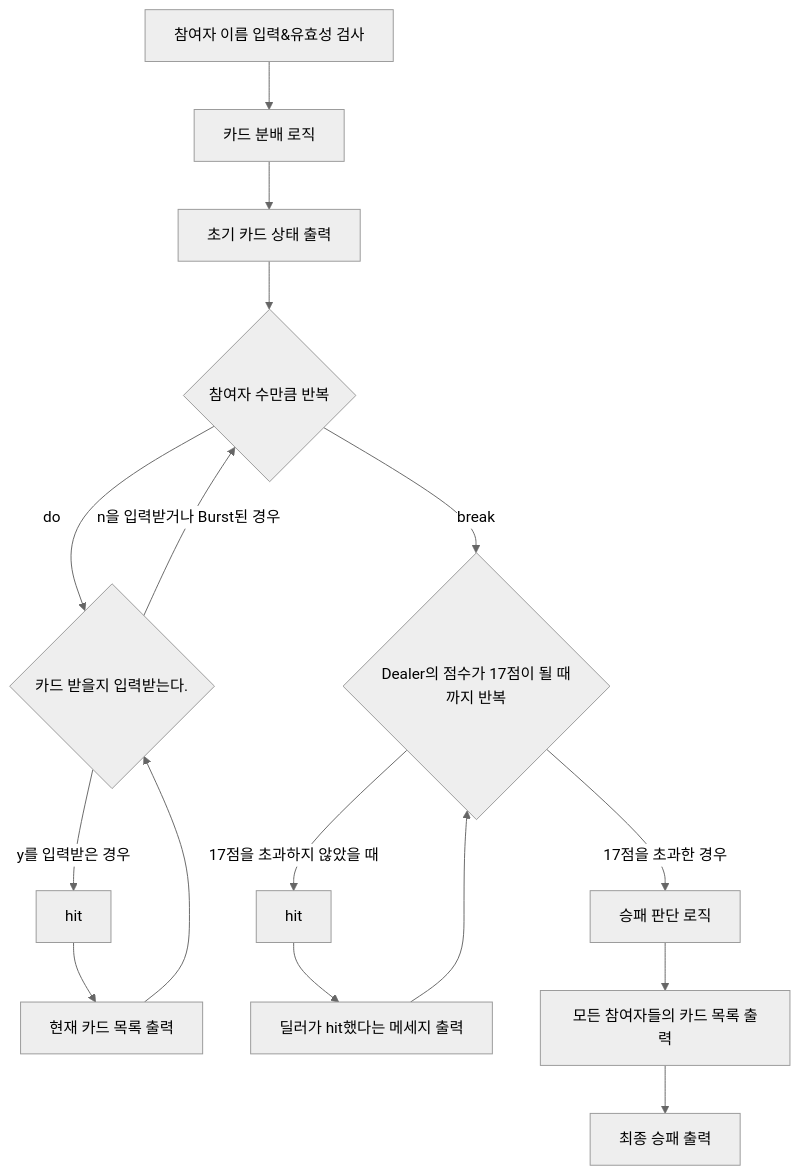
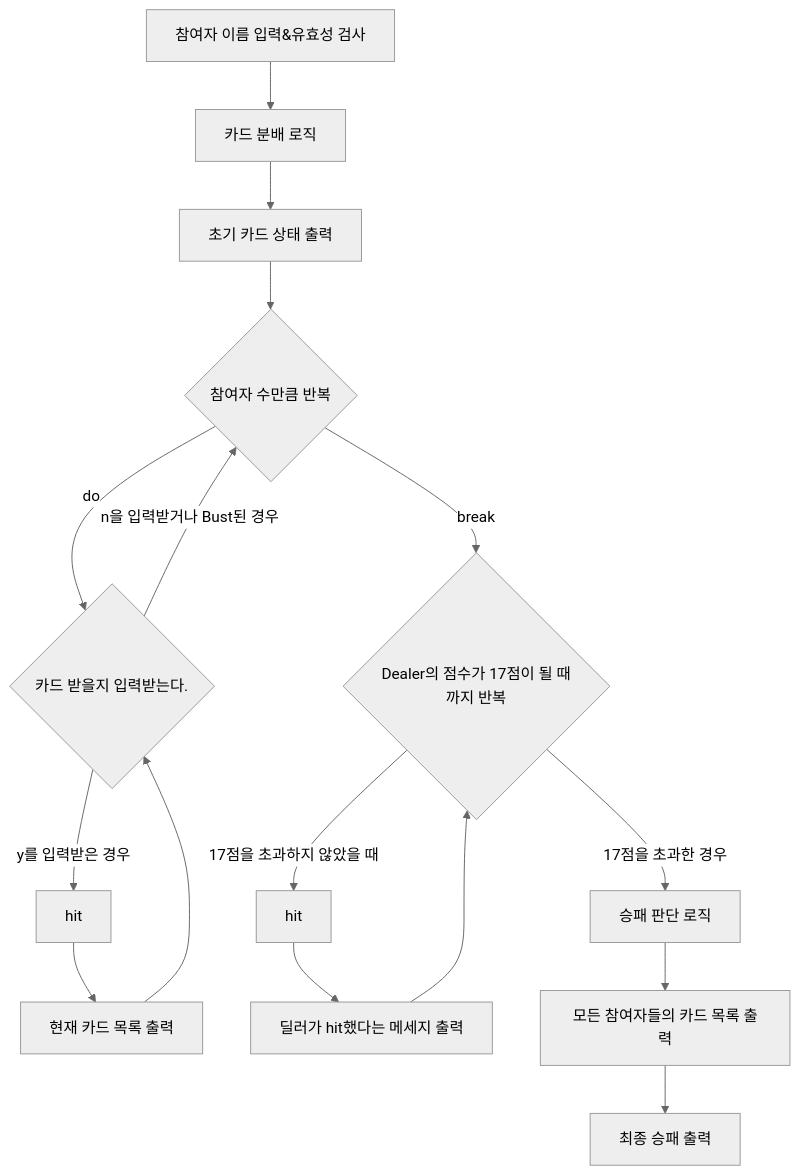
Before and after one commit to woowacourse/java-blackjack: the first of 3 diagrams in docs/README.md, drawn with Mermaid (neutral theme). The commit also changed other lines of this file and 12 other files, not shown here.

````diff
--- a/docs/README.md
+++ b/docs/README.md
@@ -36,22 +36,22 @@
 ```mermaid
 flowchart TB
   A[참여자 이름 입력&유효성 검사]-->C;
   C[카드 분배 로직]-->D;
   D[초기 카드 상태 출력]-->X;
   
   X{참여자 수만큼 반복}-->|do|F;
   F{카드 받을지 입력받는다.}-->|y를 입력받은 경우|H;
   H[hit]-->I;
   I[현재 카드 목록 출력]-->F;
-  F-->|n을 입력받거나 Burst된 경우|X
+  F-->|n을 입력받거나 Bust된 경우|X
   X-->|break|Y;
   Y{Dealer의 점수가 17점이 될 때까지 반복}-->|17점을 초과하지 않았을 때|L;
   L[hit]-->M;
   M[딜러가 hit했다는 메세지 출력]-->Y;
   Y-->|17점을 초과한 경우|N;
   N[승패 판단 로직]-->O;
   O[모든 참여자들의 카드 목록 출력]-->P;
   P[최종 승패 출력];
   
 
 ```
````
